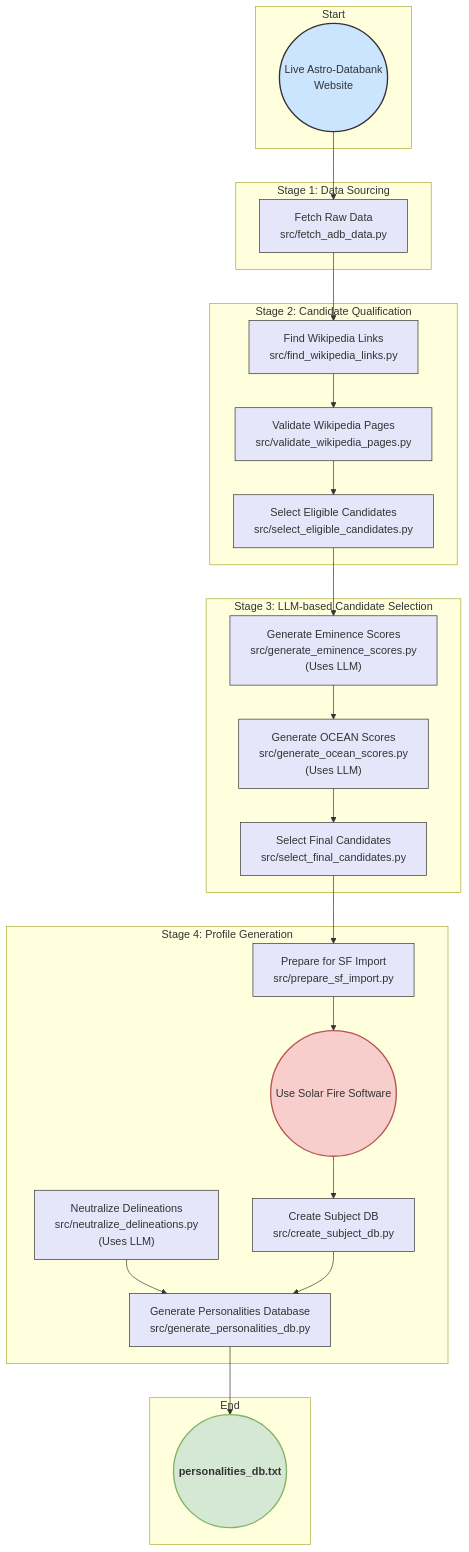
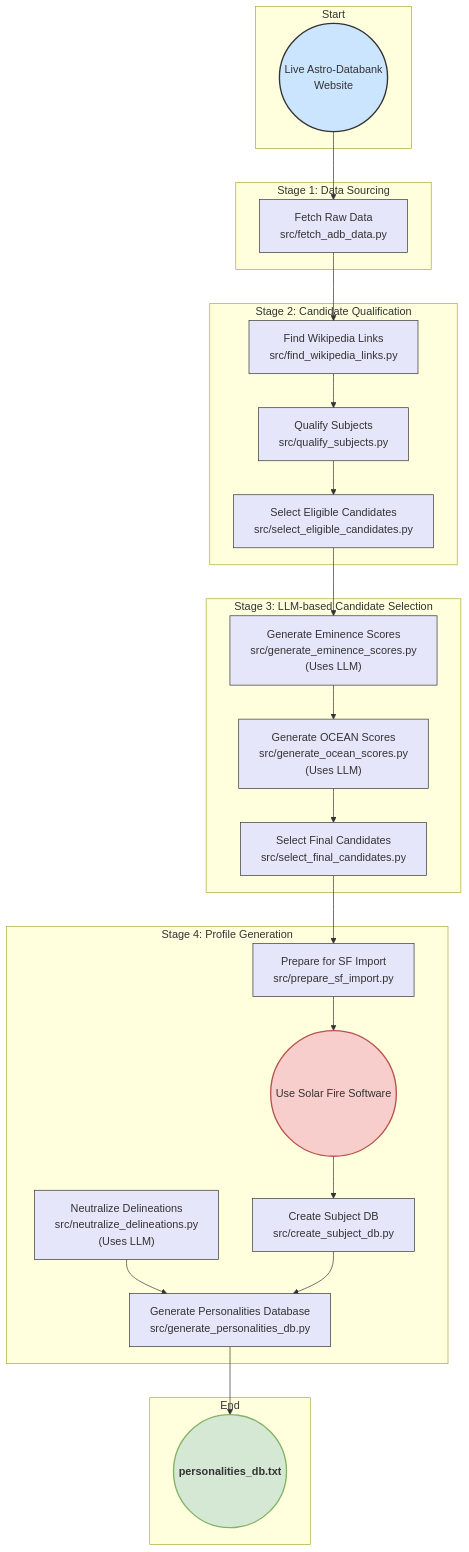
The diagram in docs/diagrams/flow_prep_pipeline.mmd (peterjmarko/llm-narrative-framework), drawn with Mermaid before and after one commit. The commit also changed 19 other files, not shown here.

```diff
--- a/docs/diagrams/flow_prep_pipeline.mmd
+++ b/docs/diagrams/flow_prep_pipeline.mmd
@@ -1,50 +1,50 @@
 graph TD
     classDef manualStyle fill:#f8cecc,stroke:#b85450,stroke-width:2px
     classDef sourceStyle fill:#cce5ff,stroke:#333,stroke-width:2px
     classDef finalProductStyle fill:#d5e8d4,stroke:#82b366,stroke-width:2px,font-weight:bold
     classDef scriptStyle fill:#e6e6fa,stroke:#333,stroke-width:1px
 
     subgraph "Start"
         StartDB(("Live Astro-Databank<br/>Website"))
     end
 
     subgraph "Stage 1: Data Sourcing"
         A["Fetch Raw Data<br>src/fetch_adb_data.py"]
     end
 
     subgraph "Stage 2: Candidate Qualification"
         B["Find Wikipedia Links<br>src/find_wikipedia_links.py"]
-        B2["Validate Wikipedia Pages<br>src/validate_wikipedia_pages.py"]
+        B2["Qualify Subjects<br>src/qualify_subjects.py"]
         C["Select Eligible Candidates<br>src/select_eligible_candidates.py"]
     end
 
     subgraph "Stage 3: LLM-based Candidate Selection"
         D["Generate Eminence Scores<br>src/generate_eminence_scores.py<br>(Uses LLM)"]
         E["Generate OCEAN Scores<br>src/generate_ocean_scores.py<br>(Uses LLM)"]
         F["Select Final Candidates<br>src/select_final_candidates.py"]
     end
 
     subgraph "Stage 4: Profile Generation"
         G["Prepare for SF Import<br>src/prepare_sf_import.py"]
         H((Use Solar Fire Software))
         I["Neutralize Delineations<br>src/neutralize_delineations.py<br>(Uses LLM)"]
         J["Create Subject DB<br>src/create_subject_db.py"]
         K["Generate Personalities Database<br>src/generate_personalities_db.py"]
     end
     
     subgraph "End"
         FinalDB(("personalities_db.txt"))
     end
 
     %% --- Main Workflow Connections ---
     StartDB --> A --> B --> B2 --> C --> D --> E --> F --> G --> H
     H --> J
     I --> K
     J --> K
     K --> FinalDB
 
     %% --- Styling ---
     class A,B,B2,C,D,E,F,G,I,J,K scriptStyle
     class H manualStyle
     class StartDB sourceStyle
     class FinalDB finalProductStyle
```
